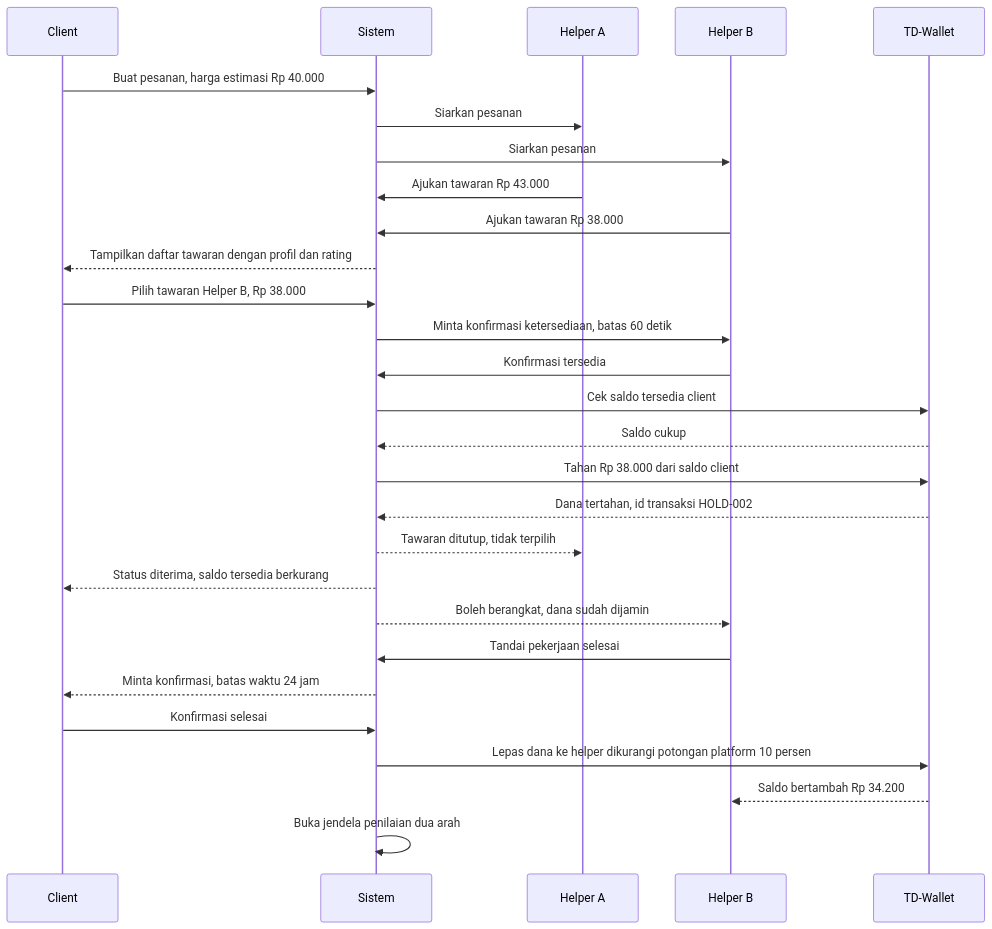
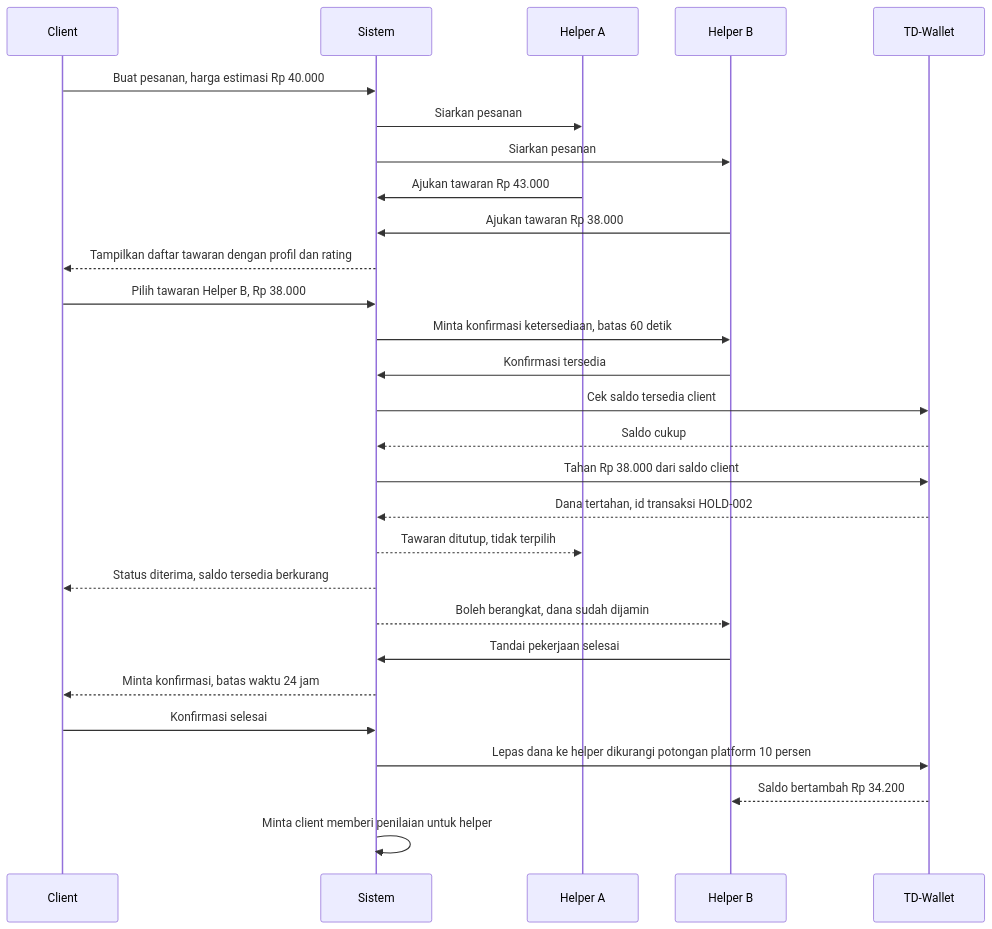
Before and after one commit to Davi-ARD/tolongindong-docs: the first of 2 diagrams in 04_dual-role-transaction-analysis.md, drawn with Mermaid. The commit also changed other lines of this file and 7 other files, not shown here.

````diff
--- a/04_dual-role-transaction-analysis.md
+++ b/04_dual-role-transaction-analysis.md
@@ -41,31 +41,31 @@
 ```mermaid
 sequenceDiagram
     participant C as Client
     participant S as Sistem
     participant H1 as Helper A
     participant H2 as Helper B
     participant W as TD-Wallet
 
     C->>S: Buat pesanan, harga estimasi Rp 40.000
     S->>H1: Siarkan pesanan
     S->>H2: Siarkan pesanan
     H1->>S: Ajukan tawaran Rp 43.000
     H2->>S: Ajukan tawaran Rp 38.000
     S-->>C: Tampilkan daftar tawaran dengan profil dan rating
     C->>S: Pilih tawaran Helper B, Rp 38.000
     S->>H2: Minta konfirmasi ketersediaan, batas 60 detik
     H2->>S: Konfirmasi tersedia
     S->>W: Cek saldo tersedia client
     W-->>S: Saldo cukup
     S->>W: Tahan Rp 38.000 dari saldo client
     W-->>S: Dana tertahan, id transaksi HOLD-002
     S-->>H1: Tawaran ditutup, tidak terpilih
     S-->>C: Status diterima, saldo tersedia berkurang
     S-->>H2: Boleh berangkat, dana sudah dijamin
     H2->>S: Tandai pekerjaan selesai
     S-->>C: Minta konfirmasi, batas waktu 24 jam
     C->>S: Konfirmasi selesai
     S->>W: Lepas dana ke helper dikurangi potongan platform 10 persen
     W-->>H2: Saldo bertambah Rp 34.200
-    S->>S: Buka jendela penilaian dua arah
+    S->>S: Minta client memberi penilaian untuk helper
 ```
````
